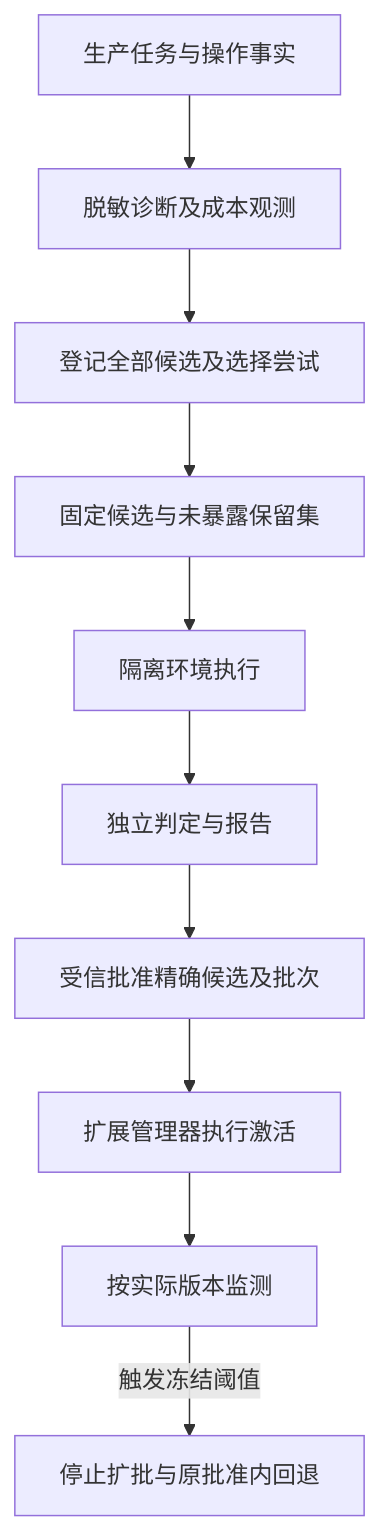
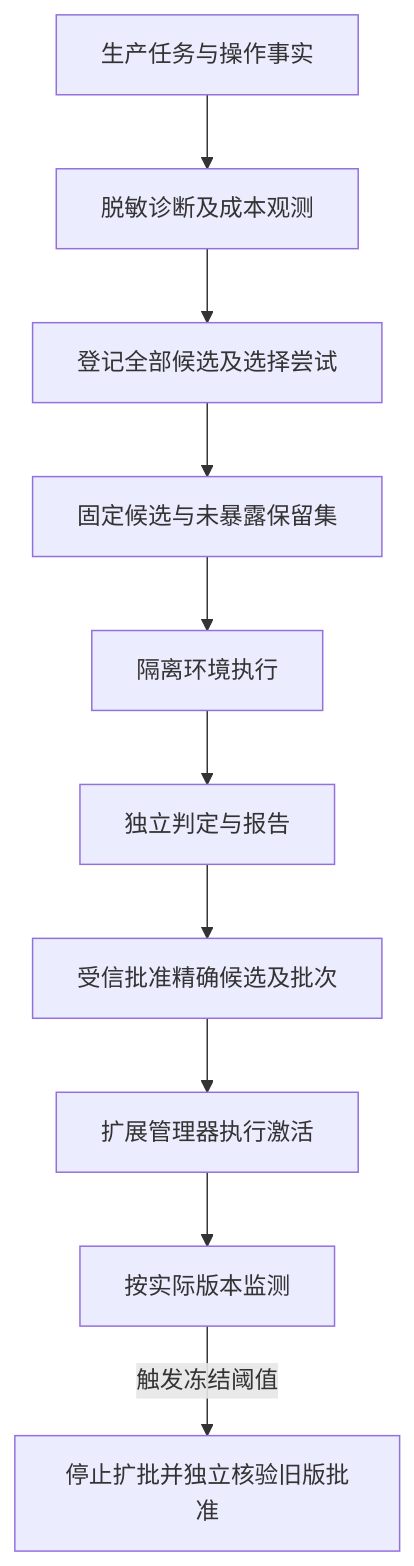
The first of 2 diagrams in docs/architecture/evaluation/README.md (ruipengliu/lerna), drawn with Mermaid before and after one commit. The commit also changed other lines of this file and 83 other files, not shown here.

Commit message:
docs: refine architecture design and verification contracts

````diff
--- a/docs/architecture/evaluation/README.md
+++ b/docs/architecture/evaluation/README.md
@@ -21,12 +21,12 @@
 ```mermaid
 flowchart TB
     T[生产任务与操作事实] --> O[脱敏诊断及成本观测]
     O --> C[登记全部候选及选择尝试]
     C --> P[固定候选与未暴露保留集]
     P --> E[隔离环境执行]
     E --> J[独立判定与报告]
     J --> A[受信批准精确候选及批次]
     A --> X[扩展管理器执行激活]
     X --> M[按实际版本监测]
-    M -->|触发冻结阈值| R[停止扩批与原批准内回退]
+    M -->|触发冻结阈值| R[停止扩批并独立核验旧版批准]
 ```
````
